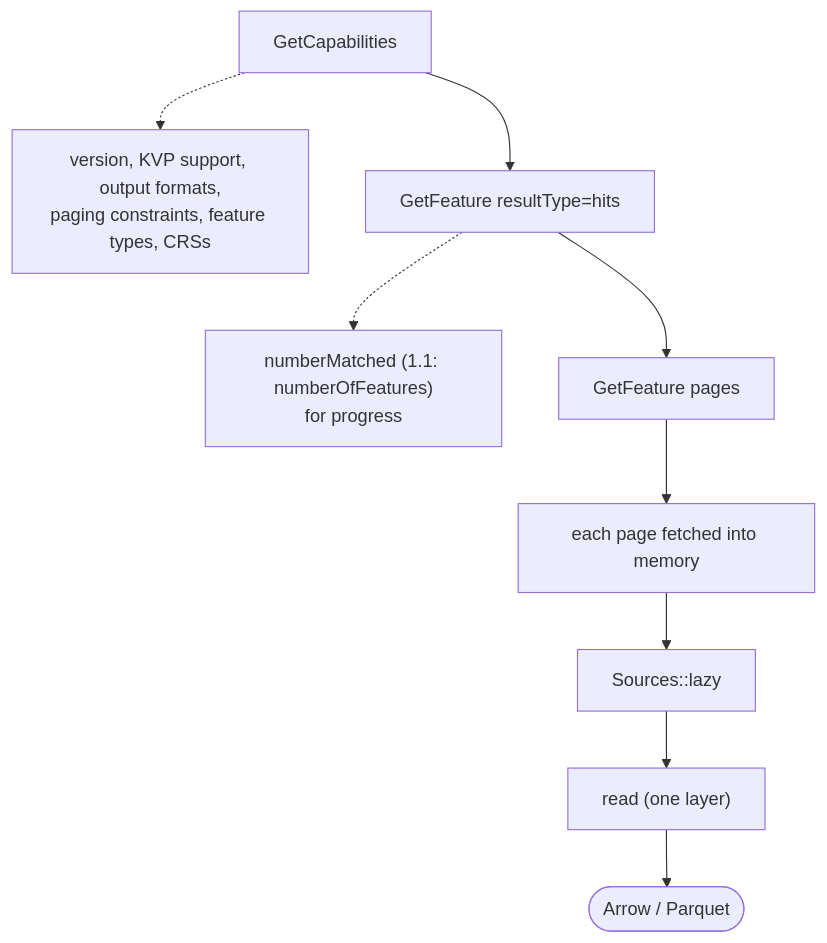
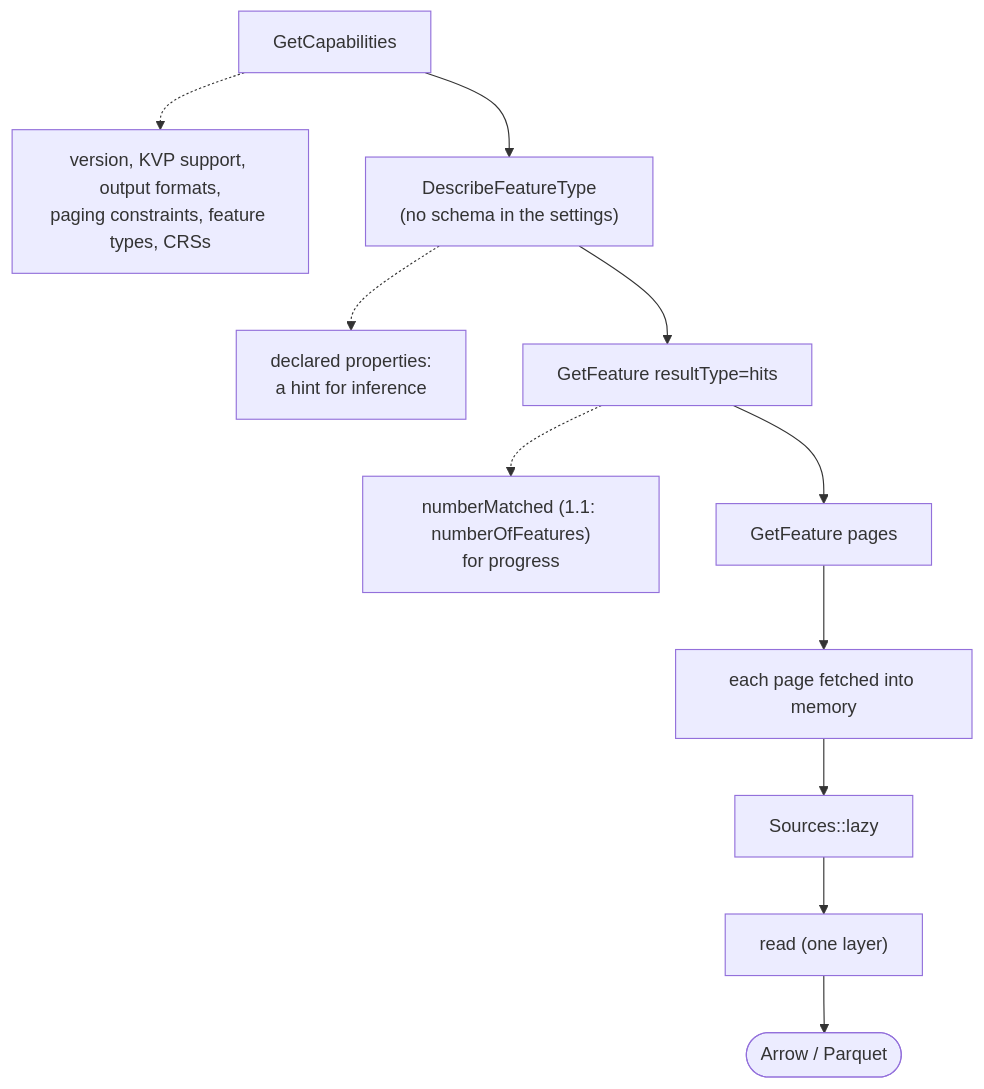
Before and after one commit to ttomasz/xeibe: the diagram in docs/wfs.md, drawn with Mermaid. The commit also changed other lines of this file and 22 other files, not shown here.

First line of the commit message:
DescribeFeatureType schema hint for wfs convert

````diff
--- a/docs/wfs.md
+++ b/docs/wfs.md
@@ -16,9 +16,11 @@
 ```mermaid
 flowchart TD
     caps["GetCapabilities"] -.-> capsout["version, KVP support, output formats,<br/>paging constraints, feature types, CRSs"]
-    caps --> hits["GetFeature resultType=hits"]
+    caps --> dft["DescribeFeatureType<br/>(no schema in the settings)"]
+    dft -.-> dftout["declared properties:<br/>a hint for inference"]
+    dft --> hits["GetFeature resultType=hits"]
     hits -.-> hitsout["numberMatched (1.1: numberOfFeatures)<br/>for progress"]
     hits --> pages["GetFeature pages"]
     pages --> mem["each page fetched into memory"] --> lazy["Sources::lazy"]
     lazy --> read["read (one layer)"] --> out(["Arrow / Parquet"])
 ```
````
